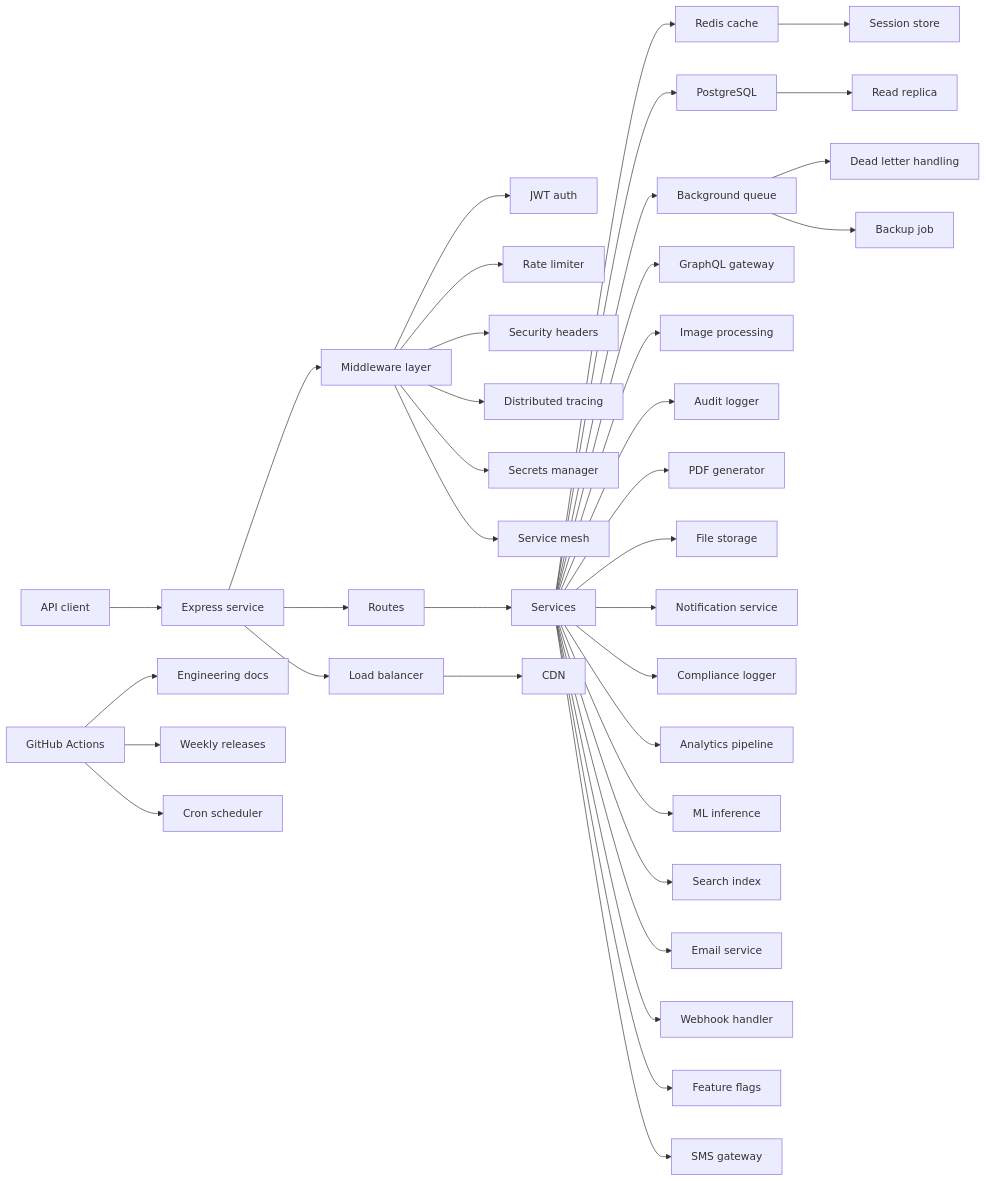
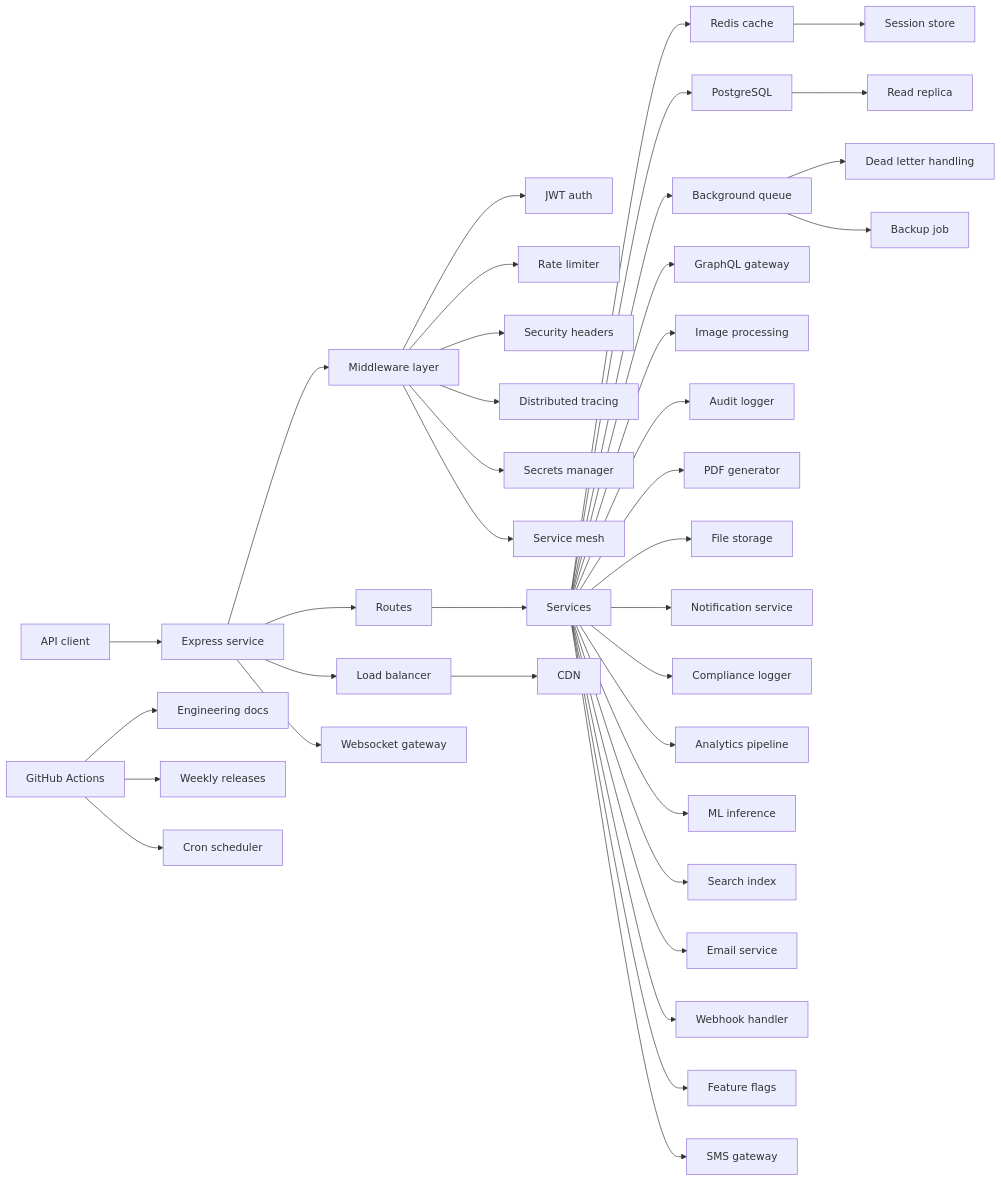
One commit to P-r-e-m-i-u-m/Aridon changed the diagram in README.md. Above: the diagram before and after it, drawn with Mermaid.

Commit message:
docs: grow system snapshot diagram 2026-07-29

````diff
--- a/README.md
+++ b/README.md
@@ -24,39 +24,40 @@
 ```mermaid
 flowchart LR
   Client["API client"] --> Express["Express service"]
   Express --> Middleware["Middleware layer"]
   Middleware --> Auth["JWT auth"]
   Middleware --> RateLimit["Rate limiter"]
   Middleware --> Security["Security headers"]
   Express --> Routes["Routes"]
   Routes --> Services["Services"]
   Services --> Redis["Redis cache"]
   Services --> Postgres["PostgreSQL"]
   Services --> Queue["Background queue"]
   Queue --> DLQ["Dead letter handling"]
   Actions["GitHub Actions"] --> Docs["Engineering docs"]
   Actions --> Releases["Weekly releases"]
   Services --> GraphqlGW["GraphQL gateway"]
   Services --> ImageProcessing["Image processing"]
   Middleware --> Tracing["Distributed tracing"]
   Actions --> CronScheduler["Cron scheduler"]
   Services --> AuditLog["Audit logger"]
   Services --> PdfGenerator["PDF generator"]
   Postgres --> ReadReplica["Read replica"]
   Services --> FileStorage["File storage"]
   Services --> Notifications["Notification service"]
   LoadBalancer --> CDN["CDN"]
   Services --> ComplianceLog["Compliance logger"]
   Middleware --> SecretsManager["Secrets manager"]
   Services --> Analytics["Analytics pipeline"]
   Services --> MLInference["ML inference"]
   Services --> SearchIndex["Search index"]
   Queue --> BackupJob["Backup job"]
   Services --> EmailService["Email service"]
   Services --> WebhookHandler["Webhook handler"]
   Middleware --> ServiceMesh["Service mesh"]
   Services --> FeatureFlags["Feature flags"]
   Express --> LoadBalancer["Load balancer"]
   Redis --> SessionStore["Session store"]
   Services --> SmsGateway["SMS gateway"]
+  Express --> WebsocketGW["Websocket gateway"]
 ```
````
